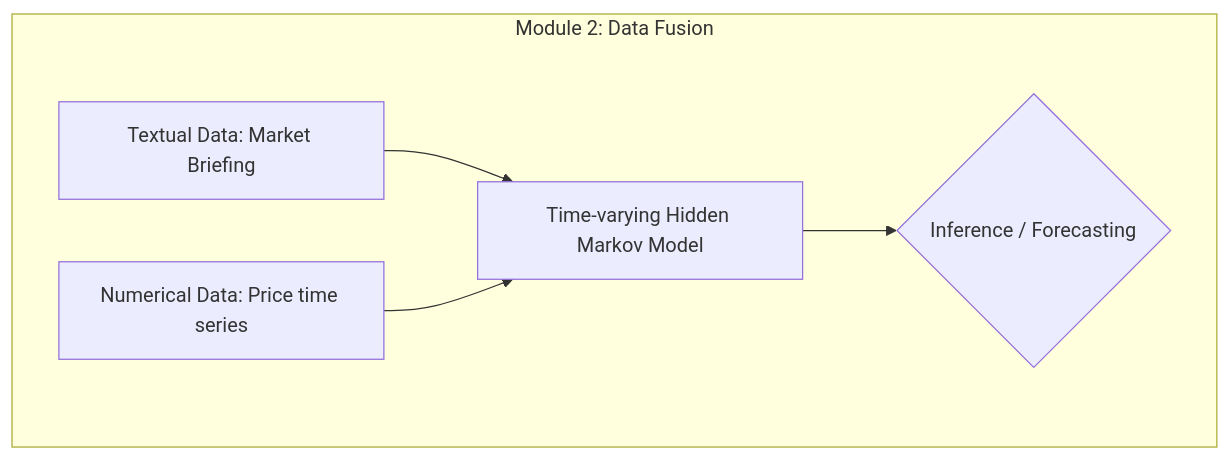
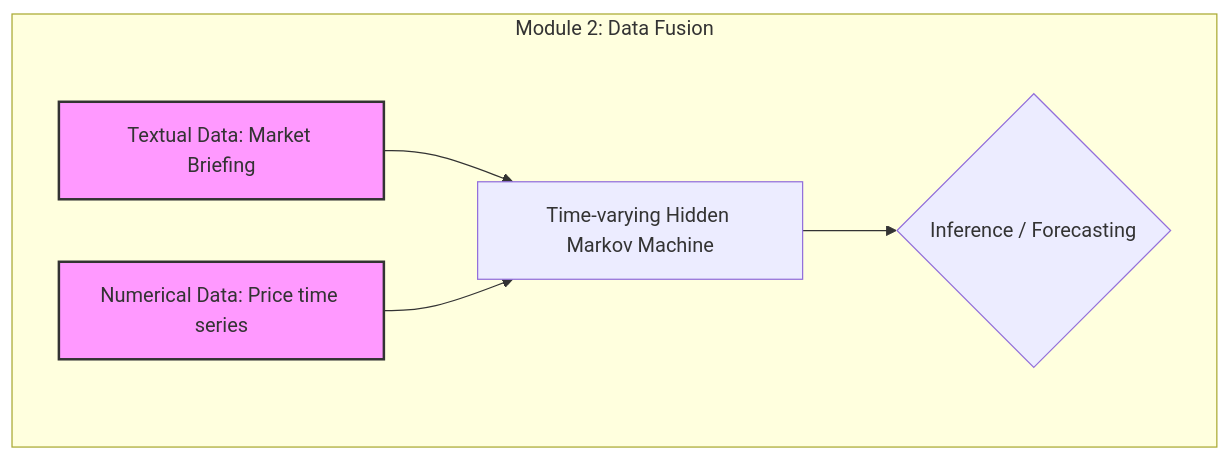
One commit to juwyang/UMCO changed the second of 2 diagrams in docs/index.md. Above: the diagram before and after it, drawn with Mermaid. The commit also changed other lines of this file and 1 other file, not shown here.

```diff
--- a/docs/index.md
+++ b/docs/index.md
@@ -83,12 +74,14 @@
 <div class="mermaid">
 graph TD
 subgraph module2 [Module 2: Data Fusion]
 direction LR
 A[Textual Data: Market Briefing]
 B[Numerical Data: Price time series]
-C[Time-varying Hidden Markov Model]
+C[Time-varying Hidden Markov Machine]
 A --> C
 B --> C
 C --> C_OUT{Inference / Forecasting}
+style A fill:#f9f,stroke:#333,stroke-width:2px
+style B fill:#f9f,stroke:#333,stroke-width:2px
 end
 </div>
```
